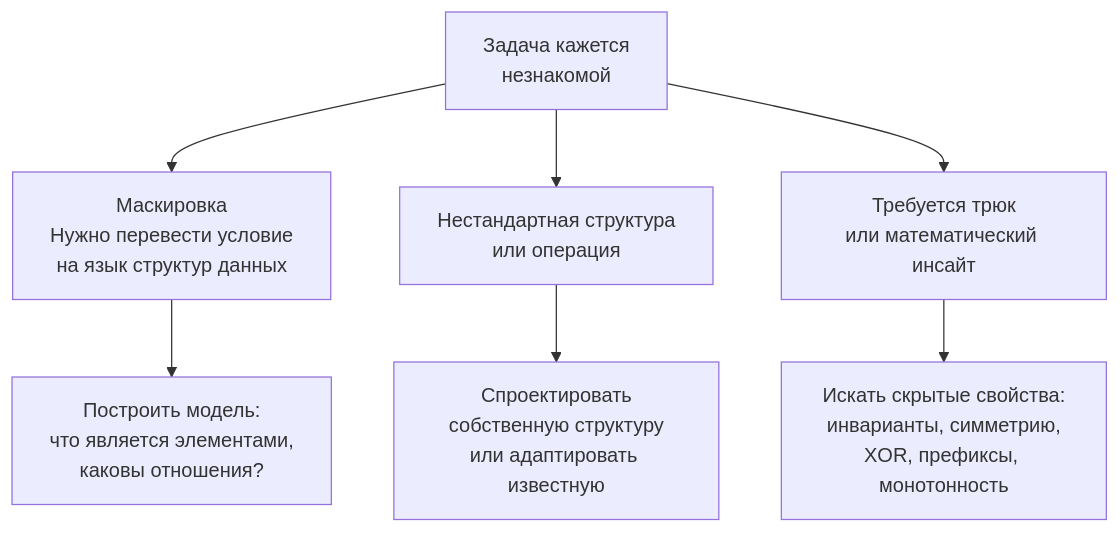
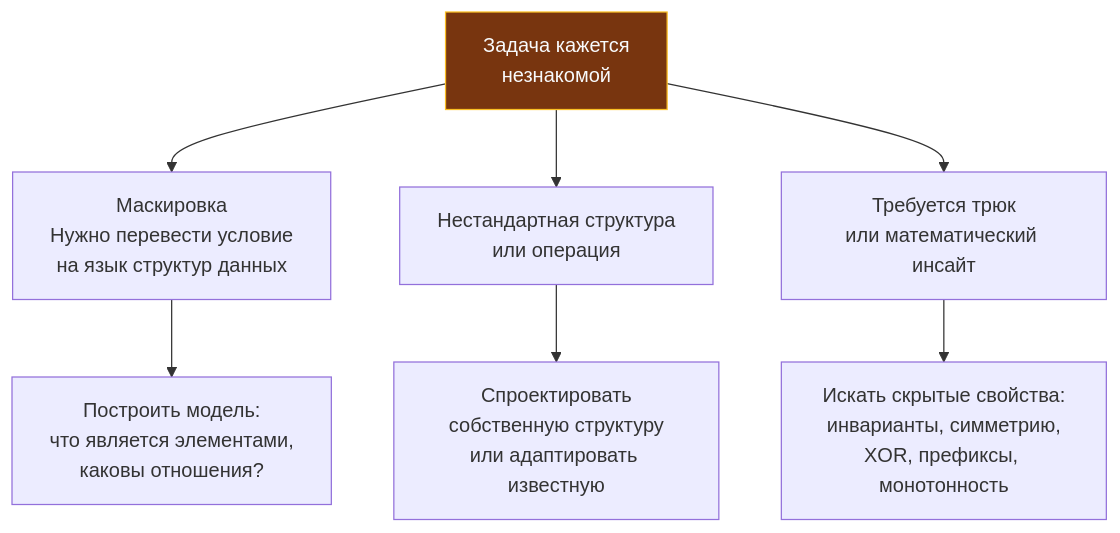
The diagram in sources/21. Задачи с LeetCode и собеседований на Go/01. Теория/13. Когда решение задачи не очевидно.md (UnrealTemplier/go-textbook), drawn with Mermaid before and after one commit. The commit also changed 1666 other files, not shown here.

First line of the commit message:
feat(mermaid): add semantic color classDef to 1369 colorless flowchart/graph diagrams

````diff
--- a/sources/21. Задачи с LeetCode и собеседований на Go/01. Теория/13. Когда решение задачи не очевидно.md
+++ b/sources/21. Задачи с LeetCode и собеседований на Go/01. Теория/13. Когда решение задачи не очевидно.md
@@ -16,10 +16,20 @@
 ```mermaid
 flowchart TD
-    Problem["Задача кажется<br>незнакомой"] --> Type1["Маскировка<br>Нужно перевести условие<br>на язык структур данных"]
+    classDef process  fill:#1e293b,stroke:#38bdf8,stroke-width:1px,color:#f8fafc
+    classDef success  fill:#064e3b,stroke:#34d399,stroke-width:1px,color:#f8fafc
+    classDef error    fill:#7f1d1d,stroke:#f87171,stroke-width:1px,color:#f8fafc
+    classDef warning  fill:#78350f,stroke:#fbbf24,stroke-width:1px,color:#f8fafc
+    classDef entry    fill:#1e3a5f,stroke:#38bdf8,stroke-width:2px,color:#f8fafc
+    classDef aux      fill:#334155,stroke:#64748b,stroke-width:1px,color:#f8fafc
+    classDef system   fill:#312e81,stroke:#a78bfa,stroke-width:1px,color:#f8fafc
+    classDef data     fill:#132d29,stroke:#2dd4bf,stroke-width:1px,color:#f8fafc
+    classDef network  fill:#881337,stroke:#fb7185,stroke-width:1px,color:#f8fafc
+    classDef accent   fill:#1e1b4b,stroke:#818cf8,stroke-width:1px,color:#f8fafc
+    Problem["Задача кажется<br>незнакомой"]:::warning --> Type1["Маскировка<br>Нужно перевести условие<br>на язык структур данных"]
     Problem --> Type2["Нестандартная структура<br>или операция"]
     Problem --> Type3["Требуется трюк<br>или математический инсайт"]
     
     Type1 --> Action1["Построить модель:<br>что является элементами,<br>каковы отношения?"]
     Type2 --> Action2["Спроектировать<br>собственную структуру<br>или адаптировать известную"]
     Type3 --> Action3["Искать скрытые свойства:<br>инварианты, симметрию,<br>XOR, префиксы, монотонность"]
 ```
````
